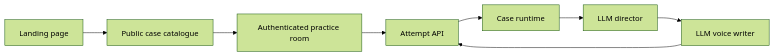
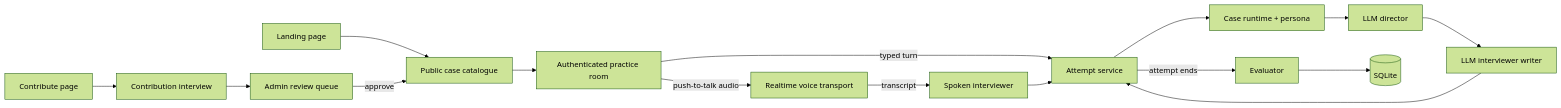
Before and after one commit to lockedin25/practice-with-leo: the diagram in docs/codebase-guide.md, drawn with Mermaid (forest theme). The commit also changed other lines of this file and 21 other files, not shown here.

````diff
--- a/docs/codebase-guide.md
+++ b/docs/codebase-guide.md
@@ -9,10 +10,18 @@
 ```mermaid
 flowchart LR
     L[Landing page] --> C[Public case catalogue]
     C --> P[Authenticated practice room]
-    P --> A[Attempt API]
-    A --> R[Case runtime]
+    P -->|typed turn| A[Attempt service]
+    P -->|push-to-talk audio| VR[Realtime voice transport]
+    VR -->|transcript| S[Spoken interviewer]
+    S --> A
+    A --> R[Case runtime + persona]
     R --> D[LLM director]
-    D --> V[LLM voice writer]
-    V --> A
+    D --> W[LLM interviewer writer]
+    W --> A
+    A -->|attempt ends| E[Evaluator]
+    E --> DB[(SQLite)]
+    K[Contribute page] --> CT[Contribution interview]
+    CT --> RV[Admin review queue]
+    RV -->|approve| C
 ```
````
